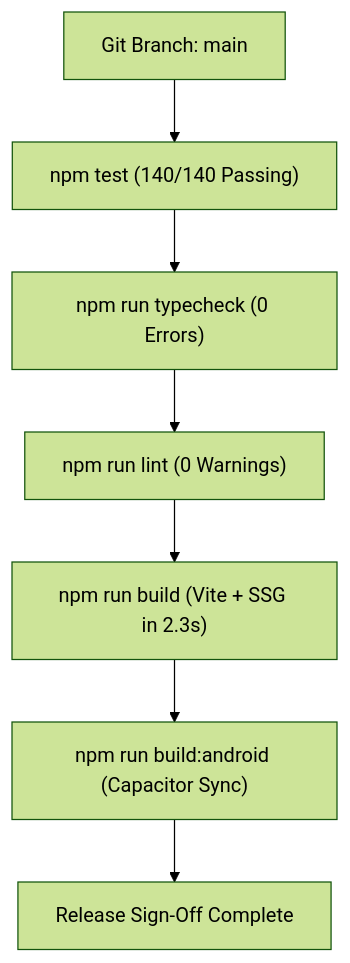
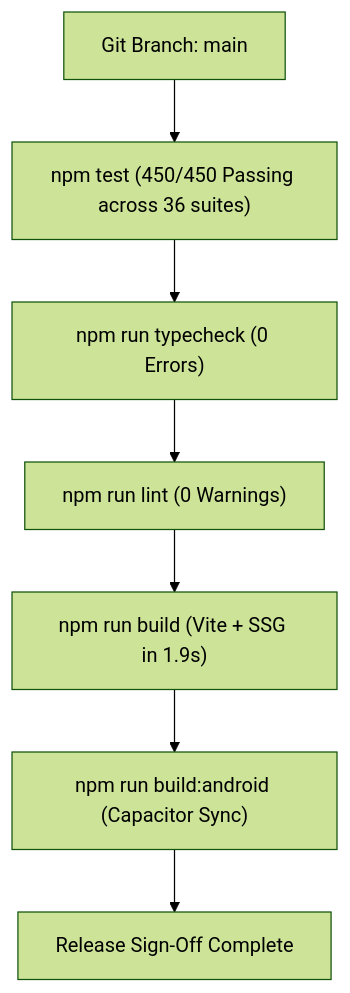
One commit to sahaya-savari/daily-spark changed the diagram in docs/PHASE8_ROADMAP.md. Above: the diagram before and after it, drawn with Mermaid (forest theme). The commit also changed other lines of this file and 2 other files, not shown here.

Commit message:
docs: synchronize documentation with GymMane architecture, Botanical Spark mark, and Lucide icons

````diff
--- a/docs/PHASE8_ROADMAP.md
+++ b/docs/PHASE8_ROADMAP.md
@@ -51,9 +56,9 @@
 ```mermaid
 flowchart TD
-  A["Git Branch: main"] --> B["npm test (140/140 Passing)"]
+  A["Git Branch: main"] --> B["npm test (450/450 Passing across 36 suites)"]
+  C --> D["npm run lint (0 Warnings)"]
   B --> C["npm run typecheck (0 Errors)"]
-  C --> D["npm run lint (0 Warnings)"]
-  D --> E["npm run build (Vite + SSG in 2.3s)"]
+  D --> E["npm run build (Vite + SSG in 1.9s)"]
   E --> F["npm run build:android (Capacitor Sync)"]
   F --> G["Release Sign-Off Complete"]
 ```
````
